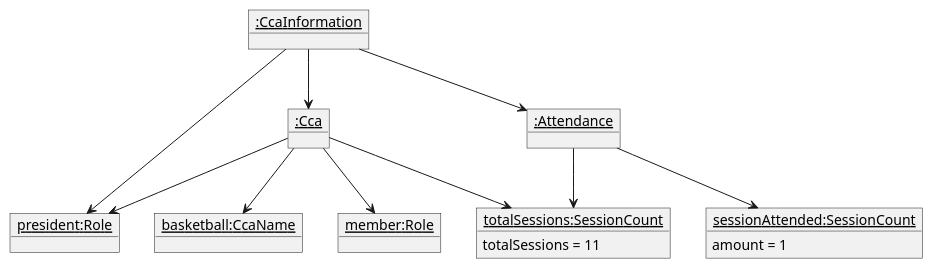
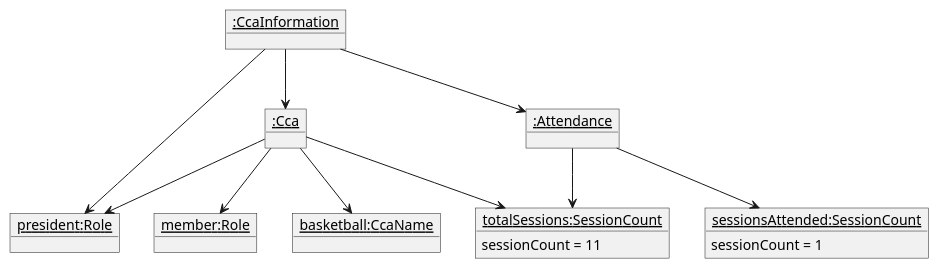
One commit to AY2425S2-CS2103T-T09-4/tp changed the diagram in diagrams/CcaInformationObjectDiagram.puml. Above: the diagram before and after it, drawn with PlantUML. The commit also changed 30 other files, not shown here.

```diff
--- a/diagrams/CcaInformationObjectDiagram.puml
+++ b/diagrams/CcaInformationObjectDiagram.puml
@@ -1,38 +1,39 @@
 @startuml
 
 object "<u>basketball:CcaName</u>" as ccaName {
 }
 
-object "<u>sessionAttended:SessionCount</u>" as sessionAttended {
-  amount = 1
+object "<u>sessionsAttended:SessionCount</u>" as sessionsAttended {
+  sessionCount = 1
 }
 
 object "<u>totalSessions:SessionCount</u>" as totalSessions {
-  totalSessions = 11
+  sessionCount = 11
 }
 
 object "<u>president:Role</u>" as president {
 }
 
 object "<u>member:Role</u>" as member {
 }
 
 object "<u>:Cca</u>" as basketballCca {
 }
 
 object "<u>:Attendance</u>" as attendance {
 }
 
 object "<u>:CcaInformation</u>" as ccaInformation {
 }
 
 ccaInformation --> president
 ccaInformation --> attendance
 ccaInformation --> basketballCca
 basketballCca --> ccaName
 basketballCca --> totalSessions
 basketballCca --> president
 basketballCca --> member
 attendance --> totalSessions
-attendance --> sessionAttended
+attendance --> sessionsAttended
+member -[hidden]left-> president
 @enduml
```
